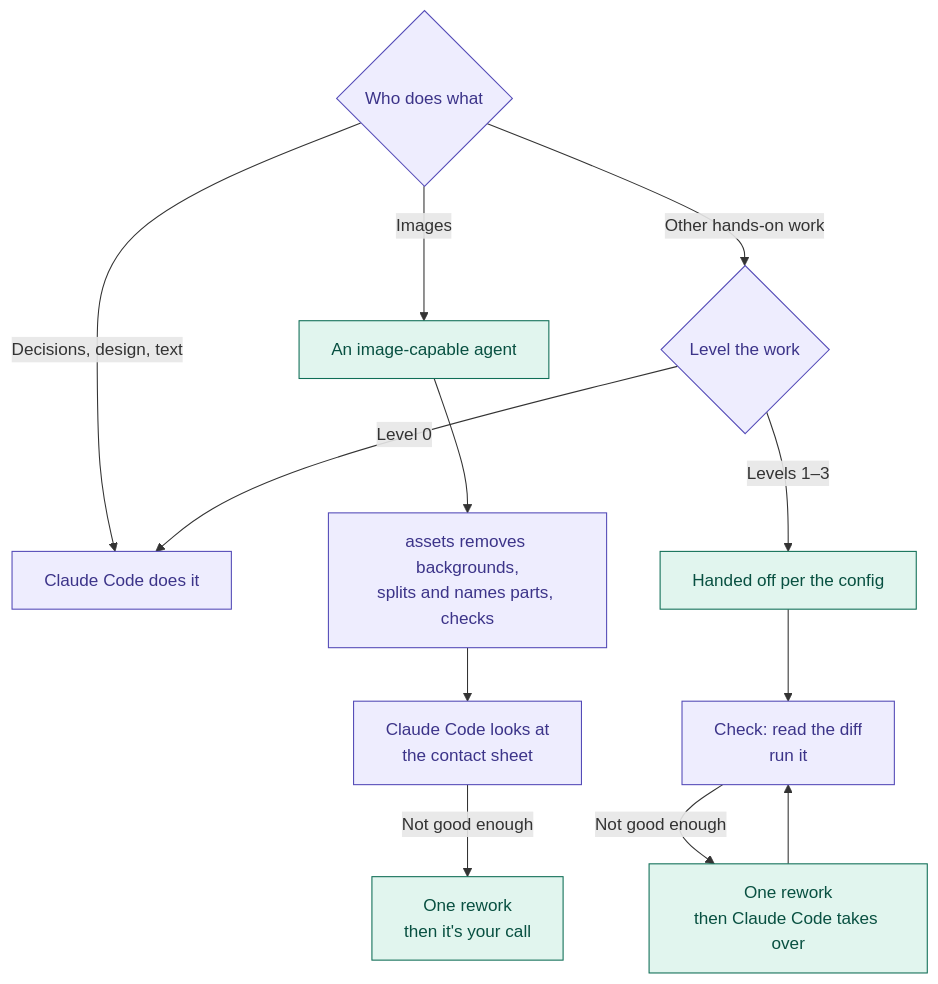
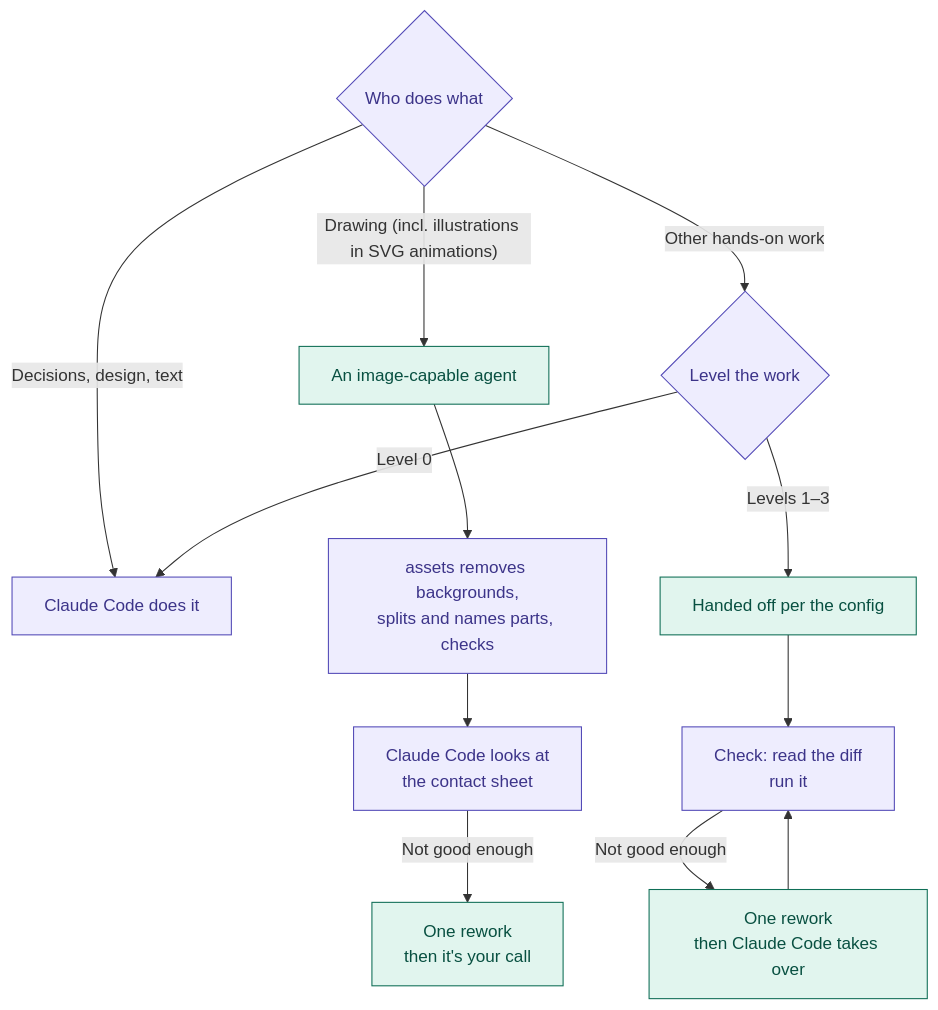
One commit to DaydayupV/claude-foreman changed the third of 4 diagrams in README.en.md. Above: the diagram before and after it, drawn with Mermaid. The commit also changed other lines of this file and 7 other files, not shown here.

````diff
--- a/README.en.md
+++ b/README.en.md
@@ -62,19 +62,19 @@
 ```mermaid
 flowchart TD
     r0{"Who does what"} -- "Decisions, design, text" --> rself["Claude Code does it"]
-    r0 -- "Images" --> rimg["An image-capable agent"]
+    r0 -- "Drawing (incl. illustrations in SVG animations)" --> rimg["An image-capable agent"]
     r0 -- "Other hands-on work" --> rlevel{"Level the work"}
     rlevel -- "Level 0" --> rself
     rlevel -- "Levels 1–3" --> rrun["Handed off per the config"]
     rrun --> rcheck["Check: read the diff<br/>run it"]
     rimg --> rasset["assets removes backgrounds,<br/>splits and names parts, checks"]
     rasset --> rimgcheck["Claude Code looks at<br/>the contact sheet"]
     rimgcheck -- "Not good enough" --> rimgredo["One rework<br/>then it's your call"]
     rcheck -- "Not good enough" --> rrework["One rework<br/>then Claude Code takes over"]
     rrework --> rcheck
 
     classDef claude fill:#EEEDFE,stroke:#534AB7,color:#3C3489
     classDef agent fill:#E1F5EE,stroke:#0F6E56,color:#085041
     class r0,rself,rlevel,rcheck,rasset,rimgcheck claude
     class rimg,rrun,rrework,rimgredo agent
 ```
````
